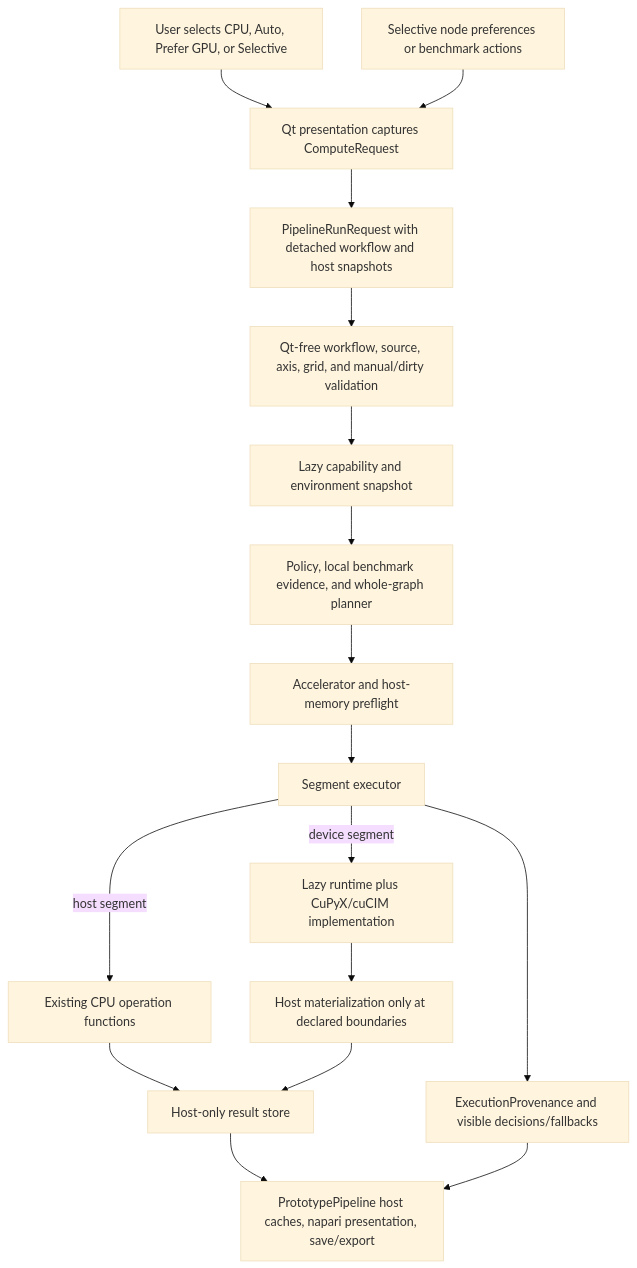
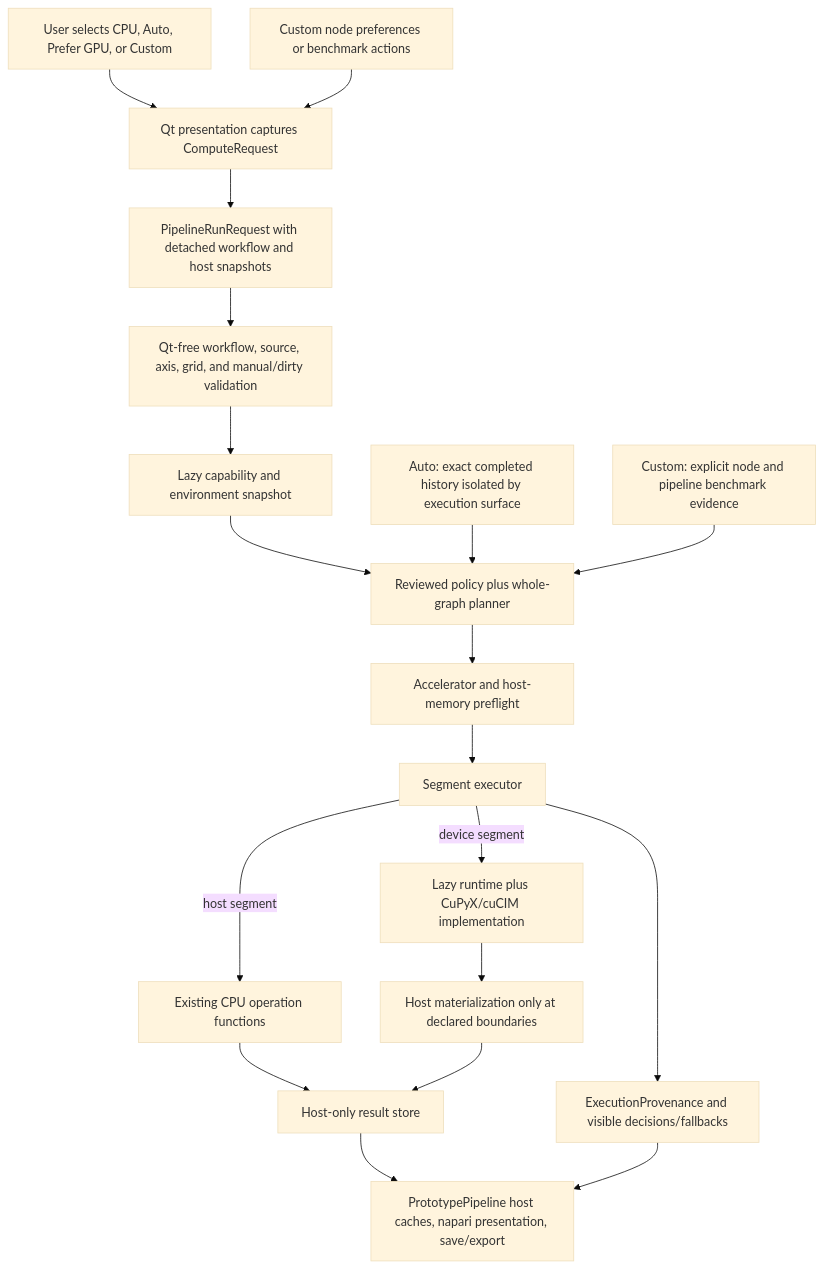
Before and after one commit to rensutheart/napari-vipp: the diagram in docs/gpu-production-implementation-plan.md, drawn with Mermaid (base theme). The commit also changed other lines of this file and 19 other files, not shown here.

Commit message:
docs: explain Auto learning and Custom compute policy

````diff
--- a/docs/gpu-production-implementation-plan.md
+++ b/docs/gpu-production-implementation-plan.md
@@ -857,19 +863,21 @@
 ```mermaid
 flowchart TD
-    U["User selects CPU, Auto, Prefer GPU, or Selective"] --> UI["Qt presentation captures ComputeRequest"]
-    S["Selective node preferences or benchmark actions"] --> UI
+    U["User selects CPU, Auto, Prefer GPU, or Custom"] --> UI["Qt presentation captures ComputeRequest"]
+    S["Custom node preferences or benchmark actions"] --> UI
     UI --> R["PipelineRunRequest with detached workflow and host snapshots"]
     R --> V["Qt-free workflow, source, axis, grid, and manual/dirty validation"]
     V --> C["Lazy capability and environment snapshot"]
-    C --> P["Policy, local benchmark evidence, and whole-graph planner"]
+    C --> P["Reviewed policy plus whole-graph planner"]
+    HST["Auto: exact completed history isolated by execution surface"] --> P
+    BENCH["Custom: explicit node and pipeline benchmark evidence"] --> P
     P --> M["Accelerator and host-memory preflight"]
     M --> E["Segment executor"]
     E -->|"host segment"| CPU["Existing CPU operation functions"]
     E -->|"device segment"| GPU["Lazy runtime plus CuPyX/cuCIM implementation"]
     GPU --> B["Host materialization only at declared boundaries"]
     CPU --> H["Host-only result store"]
     B --> H
     H --> O["PrototypePipeline host caches, napari presentation, save/export"]
     E --> PR["ExecutionProvenance and visible decisions/fallbacks"]
     PR --> O
 ```
````
